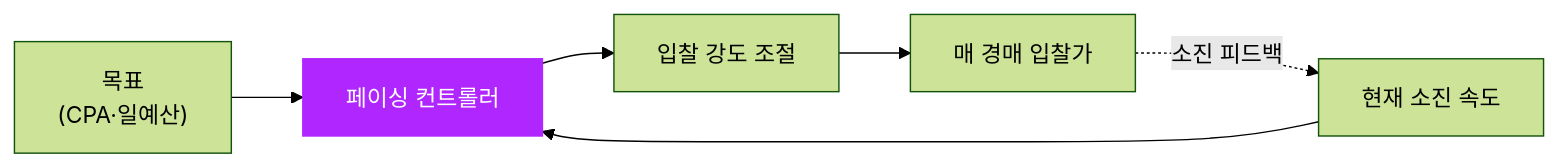
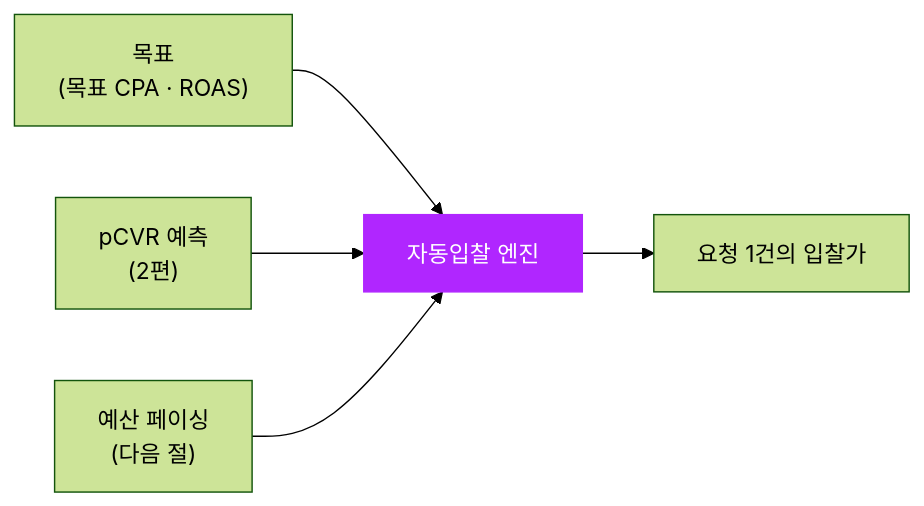
One commit to chkimsu/adtech-blog changed the first of 2 diagrams in posts/kakao-ads-bidding-measurement.md. Above: the diagram before and after it, drawn with Mermaid (forest theme). The commit also changed other lines of this file and 7 other files, not shown here.

````diff
--- a/posts/kakao-ads-bidding-measurement.md
+++ b/posts/kakao-ads-bidding-measurement.md
@@ -28,9 +21,8 @@
 ```mermaid
 graph LR
-    GOAL["목표<br/>(CPA·일예산)"] --> CTRL["페이싱 컨트롤러"]
-    SPEND["현재 소진 속도"] --> CTRL
-    CTRL --> BID["입찰 강도 조절"]
-    BID --> AUC["매 경매 입찰가"]
-    AUC -.->|소진 피드백| SPEND
-    style CTRL fill:#b026ff,stroke:#b026ff,color:#fff
+    GOAL["목표<br/>(목표 CPA · ROAS)"] --> BID["자동입찰 엔진"]
+    PCVR["pCVR 예측<br/>(2편)"] --> BID
+    PACE["예산 페이싱<br/>(다음 절)"] --> BID
+    BID --> FINAL["요청 1건의 입찰가"]
+    style BID fill:#b026ff,stroke:#b026ff,color:#fff
 ```
````
